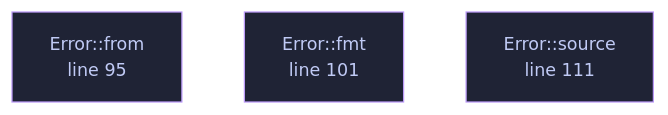
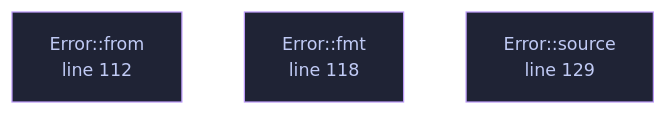
One commit to tilas01/veilvoice changed the diagram in docs/files/veilvoice-video/lib.md. Above: the diagram before and after it, drawn with Mermaid. The commit also changed other lines of this file and 67 other files, not shown here.

````diff
--- a/docs/files/veilvoice-video/lib.md
+++ b/docs/files/veilvoice-video/lib.md
@@ -100,12 +100,12 @@
 ```mermaid
 %%{init: {"theme":"base","themeVariables":{"background":"#1a1b26","primaryColor":"#1f2335","primaryTextColor":"#c0caf5","primaryBorderColor":"#7aa2f7","secondaryColor":"#16161e","tertiaryColor":"#16161e","lineColor":"#737aa2","textColor":"#c0caf5","mainBkg":"#1f2335","nodeBorder":"#7aa2f7","clusterBkg":"#16161e","clusterBorder":"#2f3549","fontFamily":"ui-monospace, SFMono-Regular, Consolas, monospace","fontSize":"14px"}}}%%
 flowchart TD
-    n_from["Error::from<br/>line 95"]
-    n_fmt["Error::fmt<br/>line 101"]
-    n_source["Error::source<br/>line 111"]
-    click n_from href "https://github.com/tilas01/veilvoice/blob/main/crates/veilvoice-video/src/lib.rs#L95" "open the source"
-    click n_fmt href "https://github.com/tilas01/veilvoice/blob/main/crates/veilvoice-video/src/lib.rs#L101" "open the source"
-    click n_source href "https://github.com/tilas01/veilvoice/blob/main/crates/veilvoice-video/src/lib.rs#L111" "open the source"
+    n_from["Error::from<br/>line 112"]
+    n_fmt["Error::fmt<br/>line 118"]
+    n_source["Error::source<br/>line 129"]
+    click n_from href "https://github.com/tilas01/veilvoice/blob/main/crates/veilvoice-video/src/lib.rs#L112" "open the source"
+    click n_fmt href "https://github.com/tilas01/veilvoice/blob/main/crates/veilvoice-video/src/lib.rs#L118" "open the source"
+    click n_source href "https://github.com/tilas01/veilvoice/blob/main/crates/veilvoice-video/src/lib.rs#L129" "open the source"
     classDef helper fill:#1f2335,stroke:#bb9af7,color:#c0caf5
     class n_from,n_fmt,n_source helper
 ```
````
